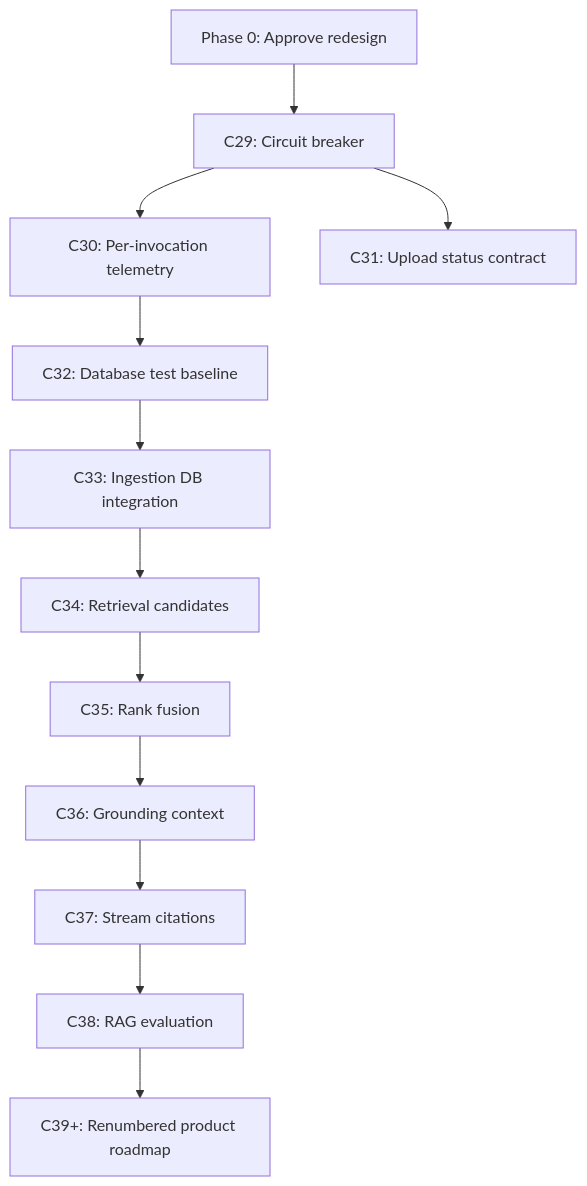
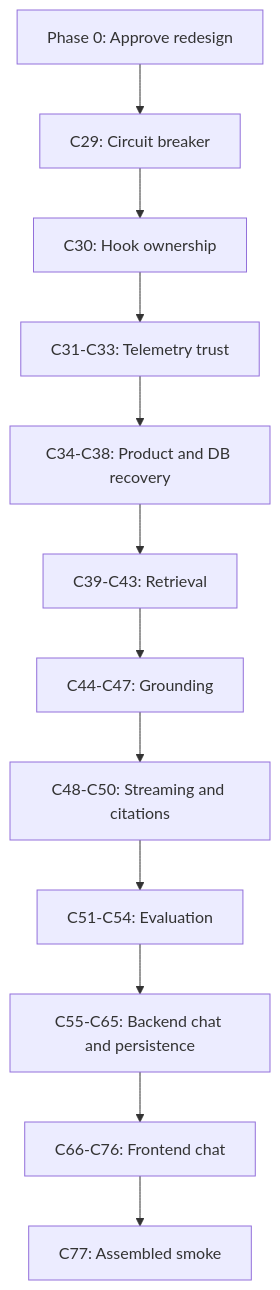
One commit to EranMani/manifesto changed the diagram in MULTI_AGENT_WORKFLOW_REDESIGN_ROADMAP.md. Above: the diagram before and after it, drawn with Mermaid. The commit also changed other lines of this file and 5 other files, not shown here.

````diff
--- a/MULTI_AGENT_WORKFLOW_REDESIGN_ROADMAP.md
+++ b/MULTI_AGENT_WORKFLOW_REDESIGN_ROADMAP.md
@@ -655,14 +676,14 @@
 ```mermaid
 flowchart TD
     P0["Phase 0: Approve redesign"] --> C29["C29: Circuit breaker"]
-    C29 --> C30["C30: Per-invocation telemetry"]
-    C29 --> C31["C31: Upload status contract"]
-    C30 --> C32["C32: Database test baseline"]
-    C32 --> C33["C33: Ingestion DB integration"]
-    C33 --> C34["C34: Retrieval candidates"]
-    C34 --> C35["C35: Rank fusion"]
-    C35 --> C36["C36: Grounding context"]
-    C36 --> C37["C37: Stream citations"]
-    C37 --> C38["C38: RAG evaluation"]
-    C38 --> C39["C39+: Renumbered product roadmap"]
+    C29 --> C30["C30: Hook ownership"]
+    C30 --> WF["C31-C33: Telemetry trust"]
+    WF --> REC["C34-C38: Product and DB recovery"]
+    REC --> RET["C39-C43: Retrieval"]
+    RET --> GRD["C44-C47: Grounding"]
+    GRD --> STR["C48-C50: Streaming and citations"]
+    STR --> EVAL["C51-C54: Evaluation"]
+    EVAL --> API["C55-C65: Backend chat and persistence"]
+    API --> UI["C66-C76: Frontend chat"]
+    UI --> C77["C77: Assembled smoke"]
 ```
````
